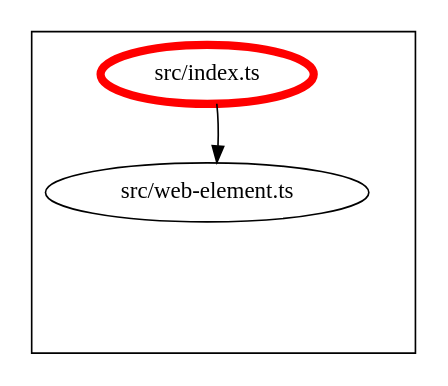
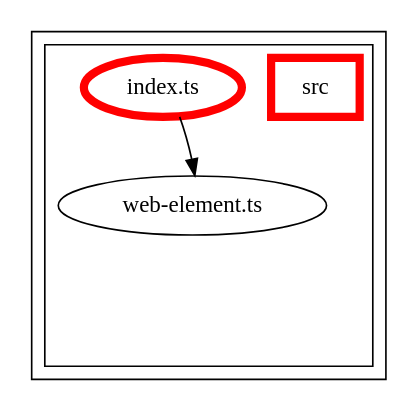
One commit to Siteimprove/alfa-integrations changed the diagram in packages/alfa-webdriver/docs/dependency-graph.dot. Above: the diagram before and after it, drawn with Graphviz. The commit also changed 53 other files, not shown here.

Commit message:
Update dependency graphs

```diff
--- a/packages/alfa-webdriver/docs/dependency-graph.dot
+++ b/packages/alfa-webdriver/docs/dependency-graph.dot
@@ -1,32 +1,51 @@
 digraph "dependency-graph-@siteimprove/alfa-webdriver" {
   compound = true;
   "src/web-element.ts";
   subgraph "cluster_src" {
     color = "#000000";
     label = "";
-    "src/index.ts" [
-      label = "src/index.ts";
-      color = "#ff0000";
-      penwidth = 5;
-    ];
     "exit_src" [
       style = "invis";
     ];
-    "src/web-element.ts" [
-      label = "src/web-element.ts";
-    ];
-    "src/index.ts" -> "exit_src" [
+    subgraph "cluster_src" {
+      color = "#000000";
+      label = "";
+      "name_src" [
+        penwidth = 5;
+        shape = "rectangle";
+        color = "#ff0000";
+        label = "src";
+      ];
+      "exit_src" [
+        style = "invis";
+      ];
+      "src/index.ts" [
+        label = "index.ts";
+        color = "#ff0000";
+        penwidth = 5;
+      ];
+      "src/web-element.ts" [
+        label = "web-element.ts";
+      ];
+      "src/index.ts" -> "exit_src" [
+        style = "invis";
+      ];
+      "src/web-element.ts" -> "exit_src" [
+        style = "invis";
+      ];
+    }
+    "exit_src" -> "exit_src" [
       style = "invis";
     ];
-    "src/web-element.ts" -> "exit_src" [
+    "exit_src" -> "exit_src" [
       style = "invis";
     ];
   }
   "src/index.ts" -> "src/web-element.ts" [
     style = "invis";
   ];
   "src/index.ts" -> "src/web-element.ts" [
     style = "solid";
     color = "black";
   ];
 }
```
